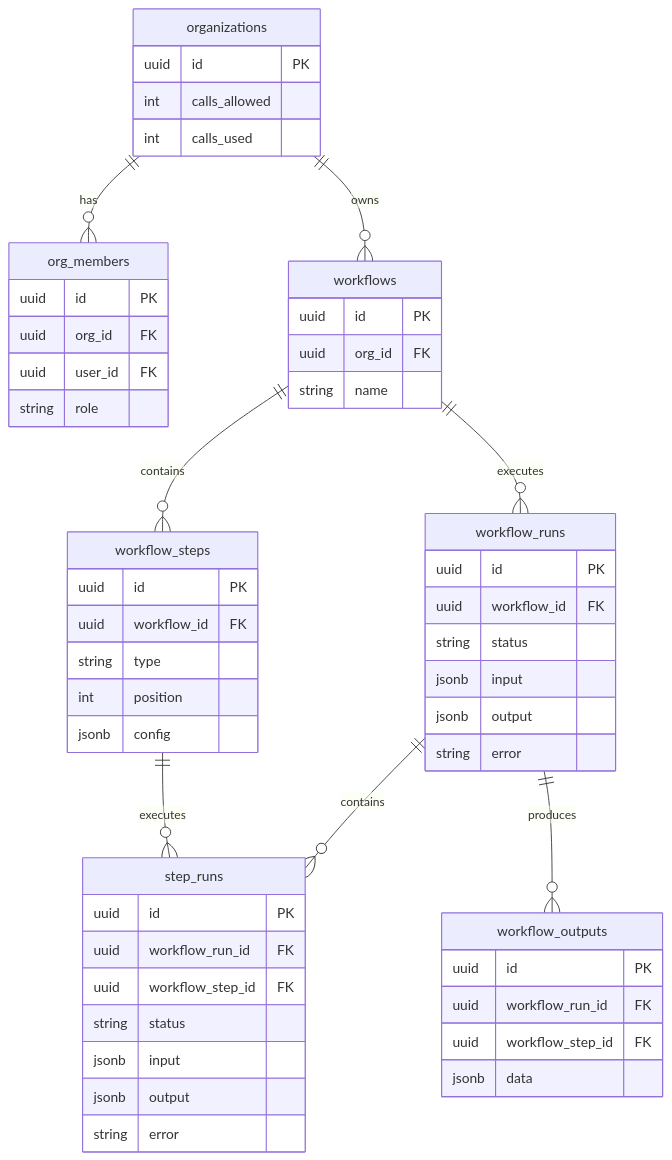
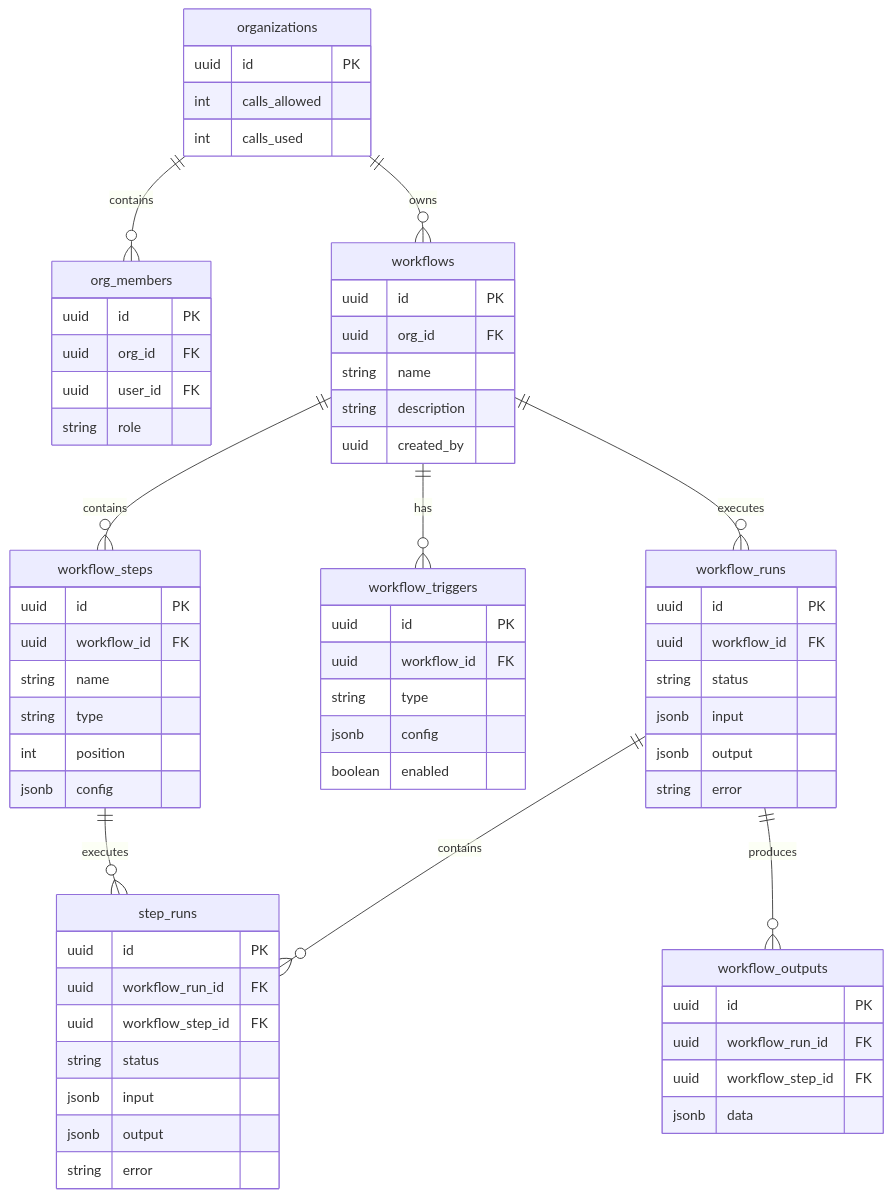
Before and after one commit to NithinBrammesh/ai-workflow-builder: the second of 3 diagrams in README.md, drawn with Mermaid. The commit also changed other lines of this file and 1 other file, not shown here.

````diff
--- a/README.md
+++ b/README.md
@@ -74,63 +148,75 @@
-```mermaid
+``` mermaid
 erDiagram
-    organizations ||--o{ org_members : has
+    organizations ||--o{ org_members : contains
     organizations ||--o{ workflows : owns
     workflows ||--o{ workflow_steps : contains
+    workflows ||--o{ workflow_triggers : has
     workflows ||--o{ workflow_runs : executes
     workflow_runs ||--o{ step_runs : contains
     workflow_steps ||--o{ step_runs : executes
     workflow_runs ||--o{ workflow_outputs : produces
 
     organizations {
         uuid id PK
         int calls_allowed
         int calls_used
     }
 
     org_members {
         uuid id PK
         uuid org_id FK
         uuid user_id FK
         string role
     }
 
     workflows {
         uuid id PK
         uuid org_id FK
         string name
+        string description
+        uuid created_by
     }
 
     workflow_steps {
         uuid id PK
         uuid workflow_id FK
+        string name
         string type
         int position
         jsonb config
+    }
+
+    workflow_triggers {
+        uuid id PK
+        uuid workflow_id FK
+        string type
+        jsonb config
+        boolean enabled
     }
 
     workflow_runs {
         uuid id PK
         uuid workflow_id FK
         string status
         jsonb input
         jsonb output
         string error
     }
 
     step_runs {
         uuid id PK
         uuid workflow_run_id FK
         uuid workflow_step_id FK
         string status
         jsonb input
         jsonb output
         string error
     }
 
     workflow_outputs {
         uuid id PK
         uuid workflow_run_id FK
         uuid workflow_step_id FK
         jsonb data
     }
 ```
````
